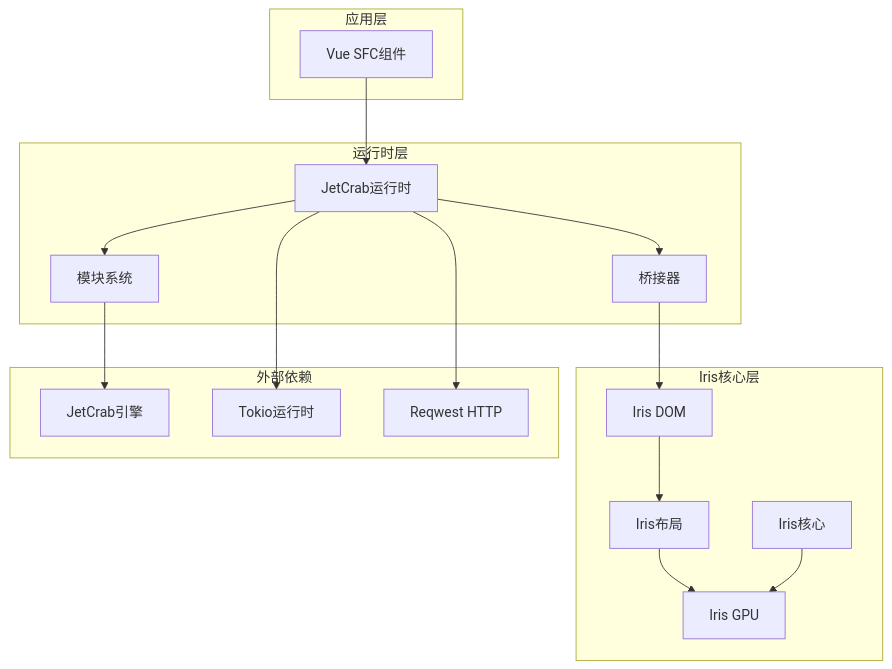
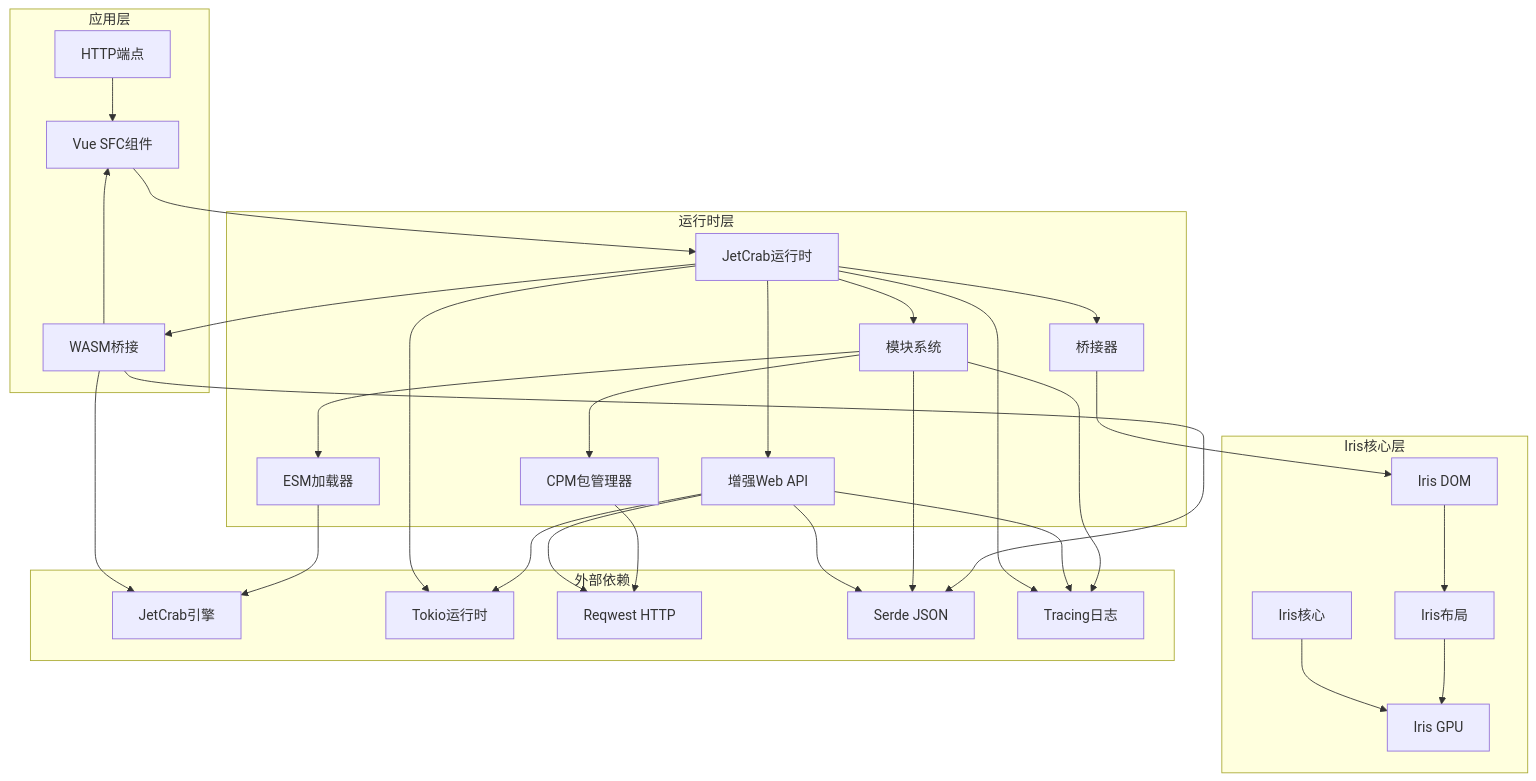
Before and after one commit to itszzl-sudo/iris: the seventh of 22 diagrams in .qoder/repowiki/zh/content/技术架构详解/JS沙箱运行时/Iris-JetCrab运行时.md, drawn with Mermaid. The commit also changed other lines of this file and 12 other files, not shown here.

````diff
--- a/.qoder/repowiki/zh/content/技术架构详解/JS沙箱运行时/Iris-JetCrab运行时.md
+++ b/.qoder/repowiki/zh/content/技术架构详解/JS沙箱运行时/Iris-JetCrab运行时.md
@@ -239,32 +428,55 @@
 ```mermaid
 graph TB
 subgraph "应用层"
-APP[Vue SFC组件]
+SFC[Vue SFC组件]
+ENDPOINT[HTTP端点]
+WASM[WASM模块]
+ENDPOINT --> SFC
+WASM --> SFC
 end
 subgraph "运行时层"
 JRC[JetCrab运行时]
 BRG[桥接器]
 MOD[模块系统]
+ESM[ESM加载器]
+CPM[CPM包管理器]
+WAPI[增强Web API]
+WASM[WASM桥接]
 end
 subgraph "Iris核心层"
 CORE[Iris核心]
 DOM[Iris DOM]
 LYT[Iris布局]
 GPU[Iris GPU]
 end
 subgraph "外部依赖"
 JCE[JetCrab引擎]
 TOK[Tokio运行时]
 REQ[Reqwest HTTP]
+SER[Serde JSON]
+TRC[Tracing日志]
 end
-APP --> JRC
+SFC --> JRC
 JRC --> BRG
 JRC --> MOD
+JRC --> WAPI
+JRC --> WASM
+MOD --> ESM
+MOD --> CPM
+ESM --> JCE
+CPM --> REQ
+WAPI --> TOK
+WAPI --> REQ
+WASM --> JCE
+WASM --> SER
 BRG --> DOM
-MOD --> JCE
+MOD --> SER
+MOD --> TRC
+WAPI --> SER
+WAPI --> TRC
 JRC --> TOK
-JRC --> REQ
+JRC --> TRC
 DOM --> LYT
 LYT --> GPU
 CORE --> GPU
 ```
````
